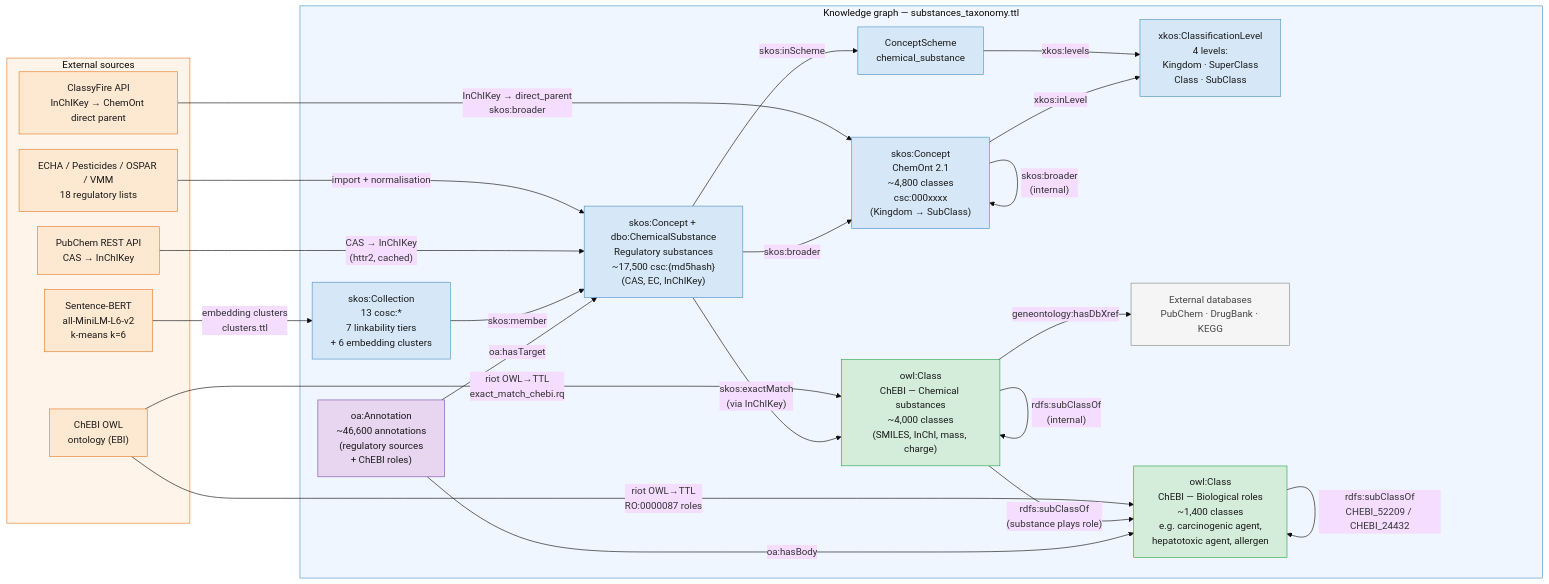
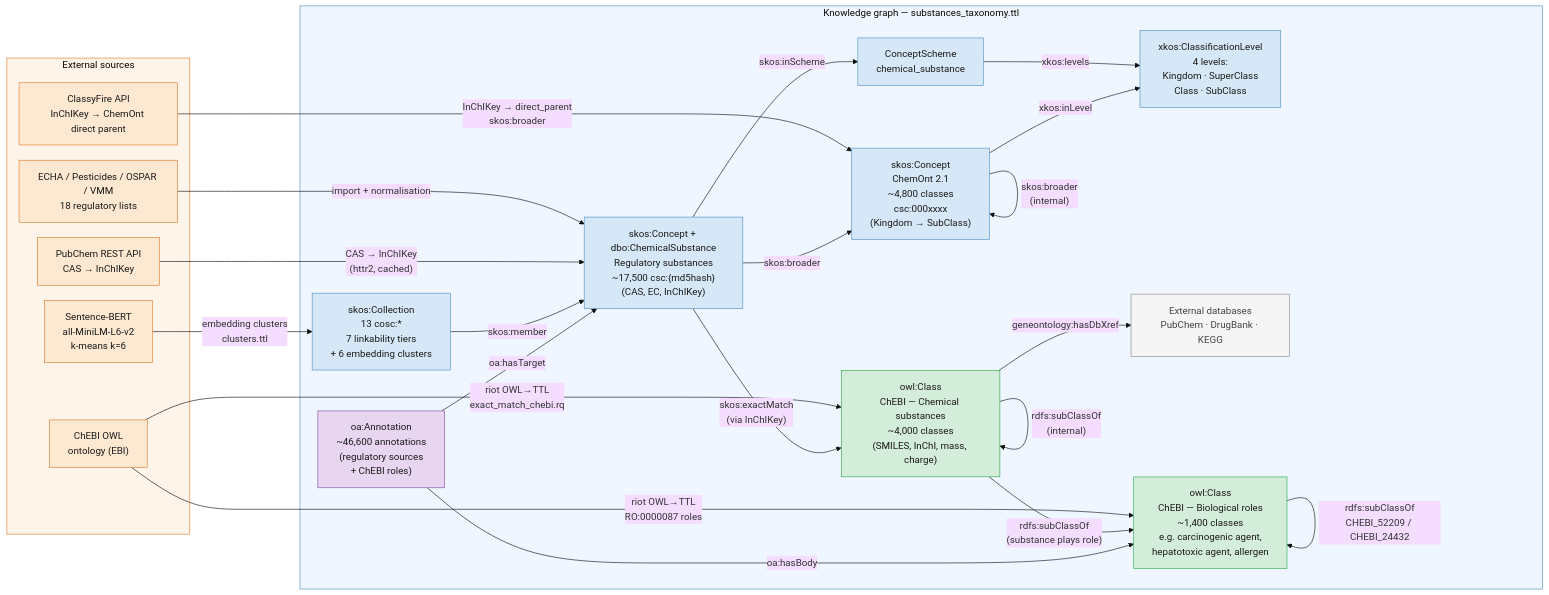
Before and after one commit to gezever/A-Substance-Is-Not-Always-a-Substance: the diagram in paper/images/sources/substances_taxonomy_diagram.mmd, drawn with Mermaid. The commit also changed 24 other files, not shown here.

```diff
--- a/paper/images/sources/substances_taxonomy_diagram.mmd
+++ b/paper/images/sources/substances_taxonomy_diagram.mmd
@@ -1,67 +1,67 @@
-%%{init: {"theme": "base", "themeVariables": {"clusterBkg": "#FAFAFA"}, "flowchart": {"nodeSpacing": 25, "rankSpacing": 40}}}%%
+%%{init: {"theme": "base", "themeVariables": {"clusterBkg": "#FAFAFA"}, "flowchart": {"nodeSpacing": 25, "rankSpacing": 40, "subGraphTitleMargin": {"top": 0, "bottom": 18}}}}%%
 graph LR
   subgraph ext["External sources"]
     ECHA["ECHA / Pesticides / OSPAR / VMM\n18 regulatory lists"]
     PubChem["PubChem REST API\nCAS → InChIKey"]
     ClassyFire_src["ClassyFire API\nInChIKey → ChemOnt direct parent"]
     ChEBI_src["ChEBI OWL\nontology (EBI)"]
     BERT["Sentence-BERT\nall-MiniLM-L6-v2\nk-means k=6"]
   end
 
   subgraph kg["Knowledge graph — substances_taxonomy.ttl"]
     Scheme["ConceptScheme\nchemical_substance"]
 
     Substances["skos:Concept + dbo:ChemicalSubstance\nRegulatory substances\n~17,500 csc:{md5hash}\n(CAS, EC, InChIKey)"]
 
     ChemOnt["skos:Concept\nChemOnt 2.1\n~4,800 classes\ncsc:000xxxx\n(Kingdom → SubClass)"]
 
     XKOS["xkos:ClassificationLevel\n4 levels:\nKingdom · SuperClass\nClass · SubClass"]
 
     Collections["skos:Collection\n13 cosc:*\n7 linkability tiers\n+ 6 embedding clusters"]
 
     ChEBI_stof["owl:Class\nChEBI — Chemical substances\n~4,000 classes\n(SMILES, InChI, mass, charge)"]
 
     ChEBI_rol["owl:Class\nChEBI — Biological roles\n~1,400 classes\ne.g. carcinogenic agent,\nhepatotoxic agent, allergen"]
 
     Annotations["oa:Annotation\n~46,600 annotations\n(regulatory sources\n+ ChEBI roles)"]
 
     ExtDB["External databases\nPubChem · DrugBank · KEGG"]
   end
 
   %% External sources → knowledge graph
   ECHA -->|"import + normalisation"| Substances
   PubChem -->|"CAS → InChIKey\n(httr2, cached)"| Substances
   ClassyFire_src -->|"InChIKey → direct_parent\nskos:broader"| ChemOnt
   ChEBI_src -->|"riot OWL→TTL\nexact_match_chebi.rq"| ChEBI_stof
   ChEBI_src -->|"riot OWL→TTL\nRO:0000087 roles"| ChEBI_rol
   BERT -->|"embedding clusters\nclusters.ttl"| Collections
 
   %% Within the knowledge graph
   Substances -->|"skos:inScheme"| Scheme
   Substances -->|"skos:broader"| ChemOnt
   Substances -->|"skos:exactMatch\n(via InChIKey)"| ChEBI_stof
   Collections -->|"skos:member"| Substances
   ChemOnt -->|"skos:broader\n(internal)"| ChemOnt
   Scheme -->|"xkos:levels"| XKOS
   ChemOnt -->|"xkos:inLevel"| XKOS
   ChEBI_stof -->|"rdfs:subClassOf\n(internal)"| ChEBI_stof
   ChEBI_stof -->|"rdfs:subClassOf\n(substance plays role)"| ChEBI_rol
   ChEBI_rol -->|"rdfs:subClassOf\nCHEBI_52209 / CHEBI_24432"| ChEBI_rol
   ChEBI_stof -->|"geneontology:hasDbXref"| ExtDB
   Annotations -->|"oa:hasTarget"| Substances
   Annotations -->|"oa:hasBody"| ChEBI_rol
 
   classDef extNode fill:#FDE8D1,stroke:#E07B2A,color:#1a1a1a
   classDef skosNode fill:#D6E8F7,stroke:#4A90C4,color:#1a1a1a
   classDef chebiNode fill:#D4EDDA,stroke:#28A745,color:#1a1a1a
   classDef annNode fill:#E8D5F0,stroke:#7B4EA8,color:#1a1a1a
   classDef extDBNode fill:#F5F5F5,stroke:#888888,color:#444444
 
   class ECHA,PubChem,ClassyFire_src,ChEBI_src,BERT extNode
   class Substances,Scheme,ChemOnt,XKOS,Collections skosNode
   class ChEBI_stof,ChEBI_rol chebiNode
   class Annotations annNode
   class ExtDB extDBNode
 
   style ext fill:#FFF4EA,stroke:#E07B2A
   style kg fill:#F0F6FF,stroke:#4A90C4
```
